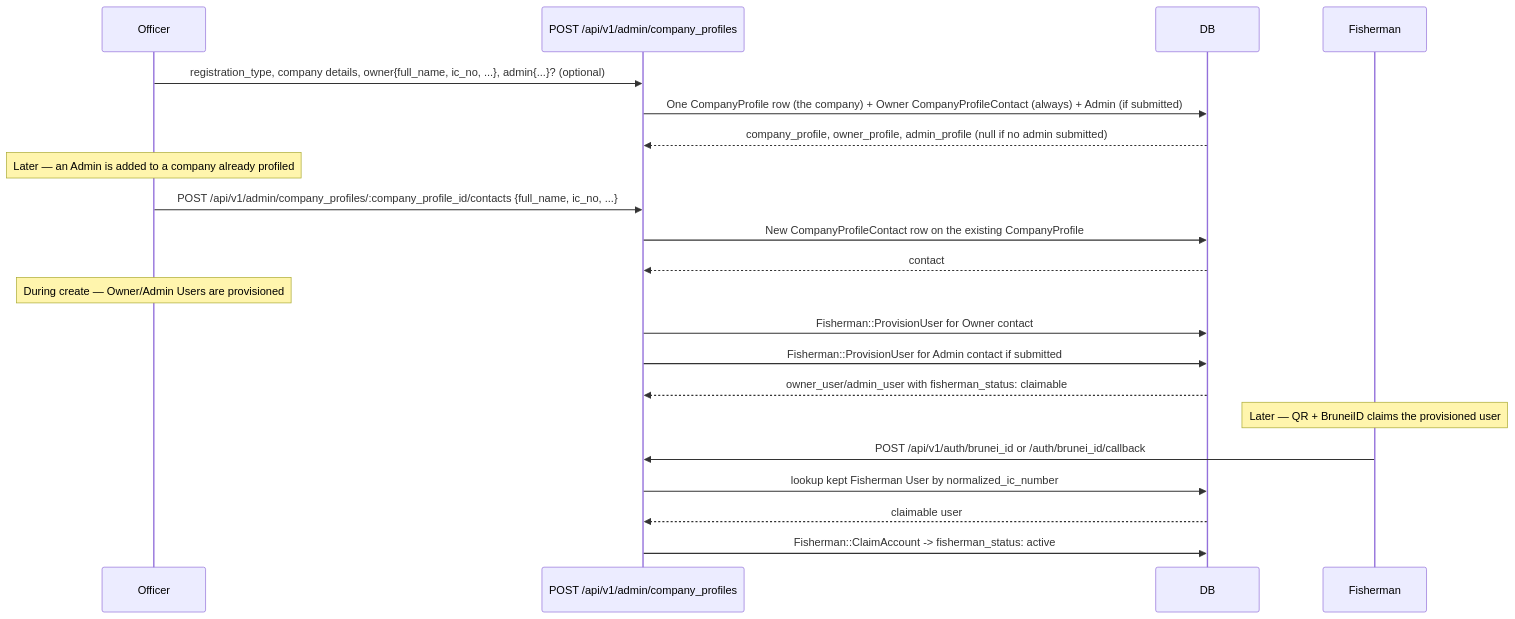
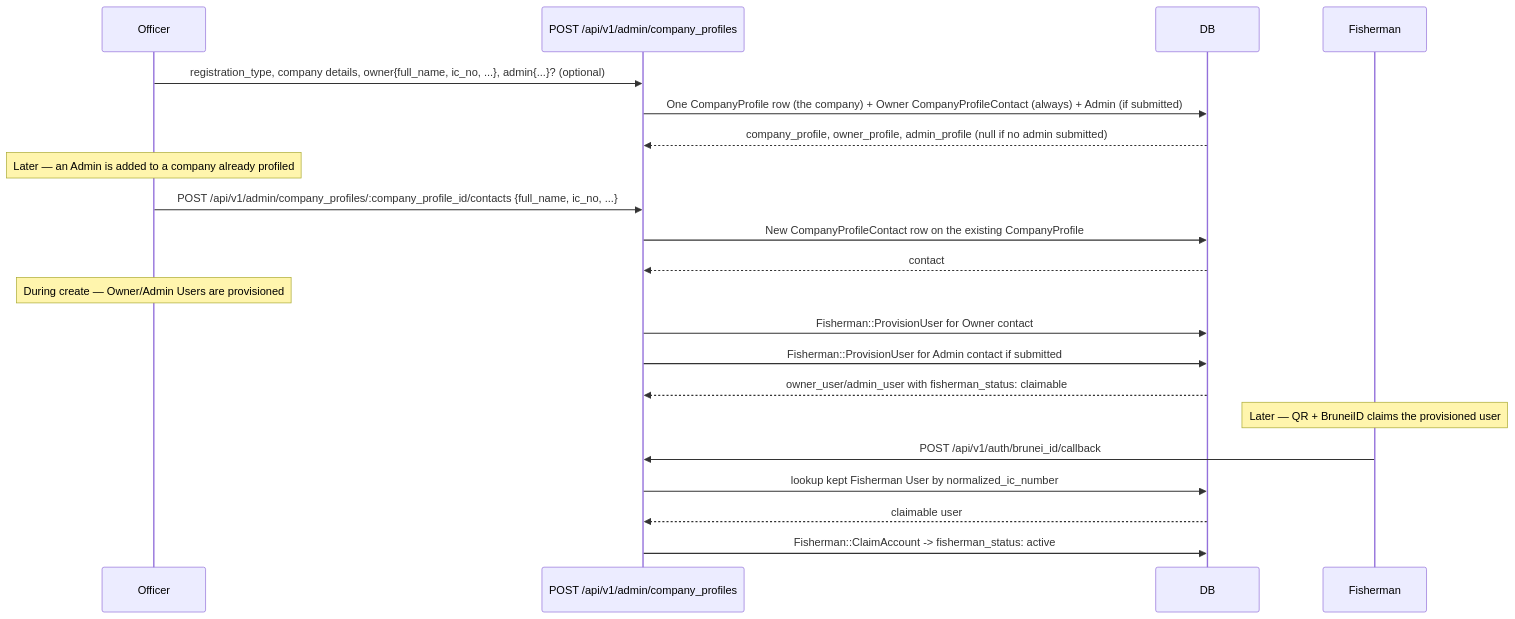
One commit to arya020595/st_dofi_backend changed the fourth of 4 diagrams in docs/registration/business-flow.md. Above: the diagram before and after it, drawn with Mermaid. The commit also changed other lines of this file and 57 other files, not shown here.

````diff
--- a/docs/registration/business-flow.md
+++ b/docs/registration/business-flow.md
@@ -260,27 +260,27 @@
 ```mermaid
 sequenceDiagram
     participant Officer
     participant API as POST /api/v1/admin/company_profiles
     participant DB
 
     Officer->>API: registration_type, company details, owner{full_name, ic_no, ...}, admin{...}? (optional)
     API->>DB: One CompanyProfile row (the company) + Owner CompanyProfileContact (always) + Admin (if submitted)
     DB-->>API: company_profile, owner_profile, admin_profile (null if no admin submitted)
 
     Note over Officer: Later — an Admin is added to a company already profiled
     Officer->>API: POST /api/v1/admin/company_profiles/:company_profile_id/contacts {full_name, ic_no, ...}
     API->>DB: New CompanyProfileContact row on the existing CompanyProfile
     DB-->>API: contact
 
     Note over Officer: During create — Owner/Admin Users are provisioned
     API->>DB: Fisherman::ProvisionUser for Owner contact
     API->>DB: Fisherman::ProvisionUser for Admin contact if submitted
     DB-->>API: owner_user/admin_user with fisherman_status: claimable
 
     Note over Fisherman: Later — QR + BruneiID claims the provisioned user
     participant Fisherman
-    Fisherman->>API: POST /api/v1/auth/brunei_id or /auth/brunei_id/callback
+    Fisherman->>API: POST /api/v1/auth/brunei_id/callback
     API->>DB: lookup kept Fisherman User by normalized_ic_number
     DB-->>API: claimable user
     API->>DB: Fisherman::ClaimAccount -> fisherman_status: active
 ```
````
